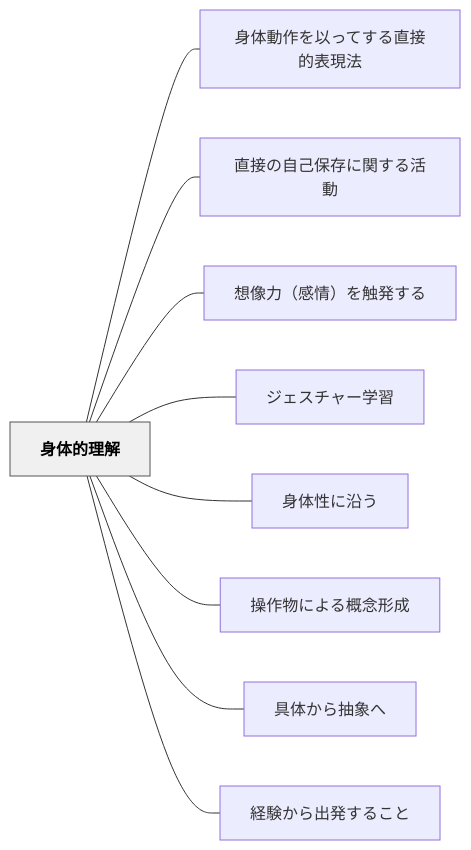
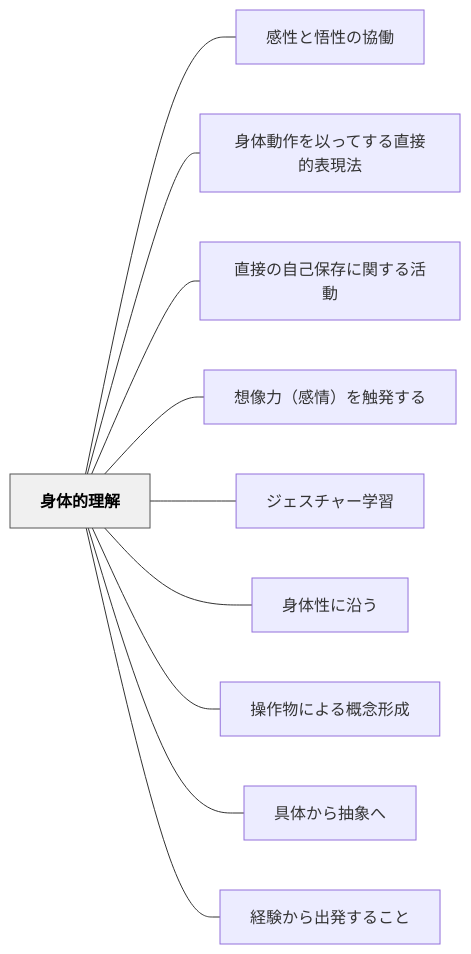
Before and after one commit to unknownthings-ed-patterns/unknownthings-ed-patterns: the diagram in content/パタン/身体的理解.md, drawn with Mermaid. The commit also changed other lines of this file and 18 other files, not shown here.

````diff
--- a/content/パタン/身体的理解.md
+++ b/content/パタン/身体的理解.md
@@ -51,24 +52,26 @@
 ```mermaid
 flowchart LR
     ne8baabe4bd93e79a84e79086e8a7a3["身体的理解"]
+    ne6849fe680a7e381a8e6829fe680a7e381aee58d94e5838d["感性と悟性の協働"]
     ne8baabe4bd93e58b95e4bd9ce38292e4bba5e381a3e381a6e38199e3828be79bb4e68ea5e79a84e8a1a8e78fbee6b395["身体動作を以ってする直接的表現法"]
     ne79bb4e68ea5e381aee887aae5b7b1e4bf9de5ad98e381abe996a2e38199e3828be6b4bbe58b95["直接の自己保存に関する活動"]
     ne683b3e5838fe58a9befbc88e6849fe68385efbc89e38292e8a7a6e799bae38199e3828b["想像力（感情）を触発する"]
     ne382b8e382a7e382b9e38381e383a3e383bce5ada6e7bf92["ジェスチャー学習"]
     ne8baabe4bd93e680a7e381abe6b2bfe38186["身体性に沿う"]
     ne6938de4bd9ce789a9e381abe38288e3828be6a682e5bfb5e5bda2e68890["操作物による概念形成"]
     ne585b7e4bd93e3818be38289e68abde8b1a1e381b8["具体から抽象へ"]
     ne7b58ce9a893e3818be38289e587bae799bae38199e3828be38193e381a8["経験から出発すること"]
 
+    ne8baabe4bd93e79a84e79086e8a7a3 --- ne6849fe680a7e381a8e6829fe680a7e381aee58d94e5838d
     ne8baabe4bd93e79a84e79086e8a7a3 --- ne8baabe4bd93e58b95e4bd9ce38292e4bba5e381a3e381a6e38199e3828be79bb4e68ea5e79a84e8a1a8e78fbee6b395
     ne8baabe4bd93e79a84e79086e8a7a3 --- ne79bb4e68ea5e381aee887aae5b7b1e4bf9de5ad98e381abe996a2e38199e3828be6b4bbe58b95
     ne8baabe4bd93e79a84e79086e8a7a3 --- ne683b3e5838fe58a9befbc88e6849fe68385efbc89e38292e8a7a6e799bae38199e3828b
     ne8baabe4bd93e79a84e79086e8a7a3 --- ne382b8e382a7e382b9e38381e383a3e383bce5ada6e7bf92
     ne8baabe4bd93e79a84e79086e8a7a3 --- ne8baabe4bd93e680a7e381abe6b2bfe38186
     ne8baabe4bd93e79a84e79086e8a7a3 --- ne6938de4bd9ce789a9e381abe38288e3828be6a682e5bfb5e5bda2e68890
     ne8baabe4bd93e79a84e79086e8a7a3 --- ne585b7e4bd93e3818be38289e68abde8b1a1e381b8
     ne8baabe4bd93e79a84e79086e8a7a3 --- ne7b58ce9a893e3818be38289e587bae799bae38199e3828be38193e381a8
 
     classDef hub fill:#f0f0f0,stroke:#555,color:#000,font-weight:bold
     class ne8baabe4bd93e79a84e79086e8a7a3 hub
 ```
````
